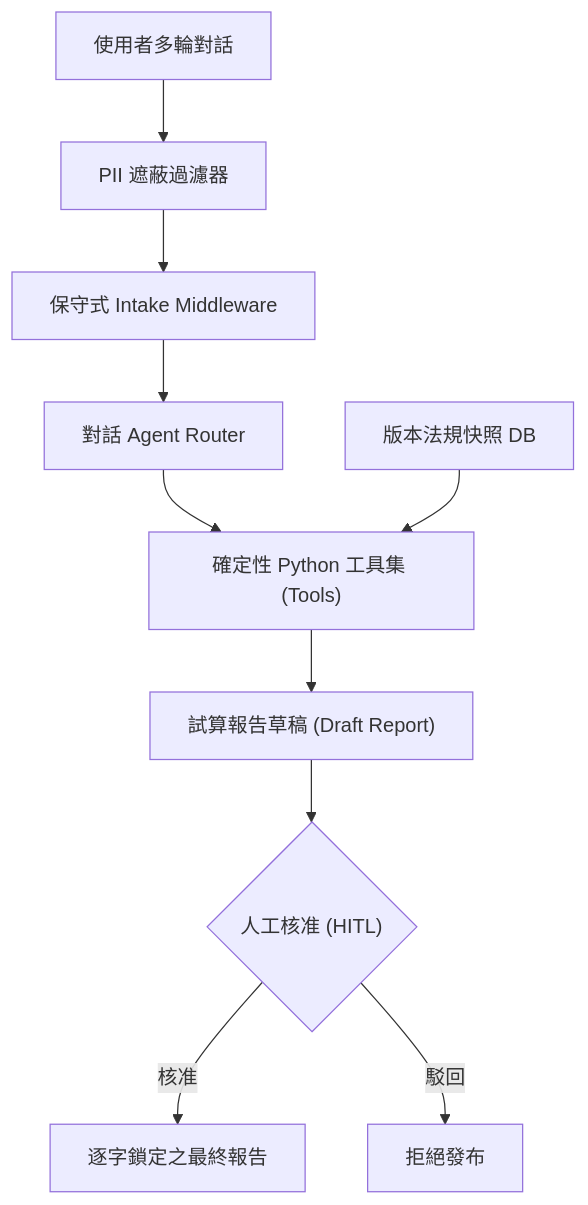
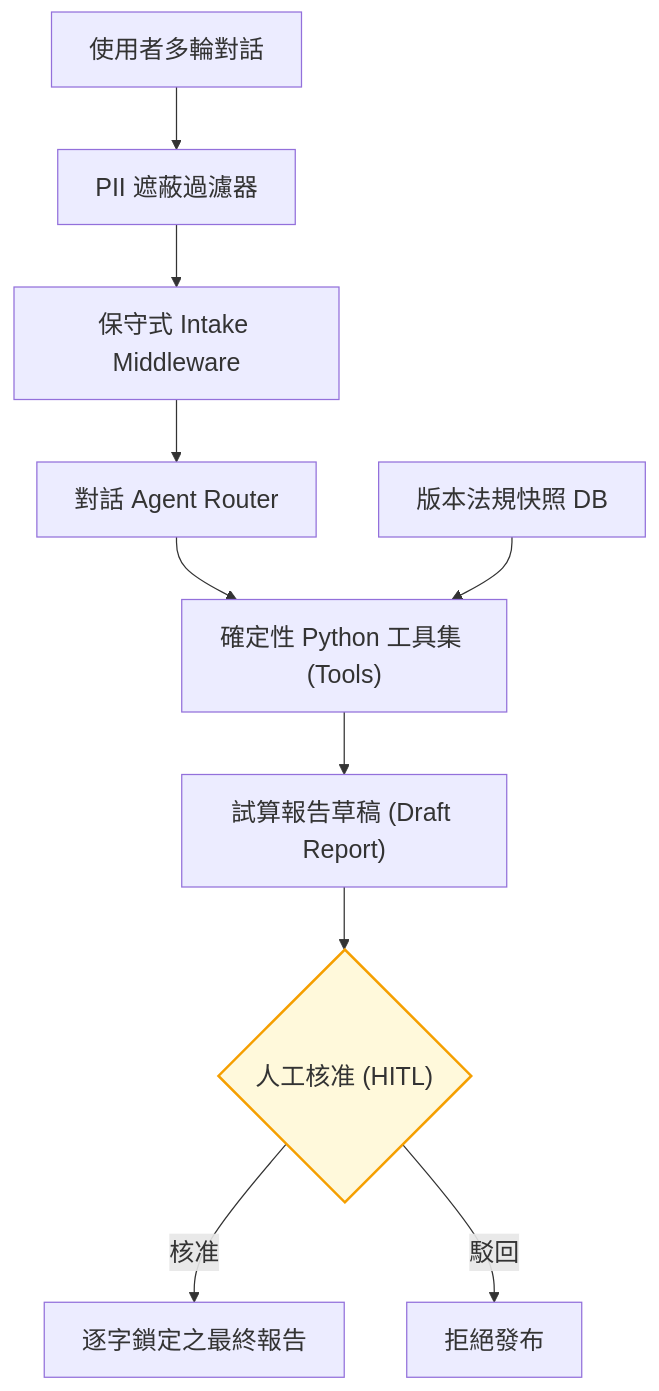
The diagram in README.md (kuotunyu/ltc-benefit-agent), drawn with Mermaid before and after one commit.

Commit message:
docs: boost flowchart font size and highlight HITL decision node

````diff
--- a/README.md
+++ b/README.md
@@ -33,12 +33,15 @@
 ```mermaid
+%%{init: {'themeVariables': {'fontSize': '20px'}}}%%
 flowchart TD
     U["使用者多輪對話"] --> P["PII 遮蔽過濾器"]
     P --> I["保守式 Intake Middleware"]
     I --> A["對話 Agent Router"]
     A --> T["確定性 Python 工具集 (Tools)"]
     T --> D["試算報告草稿 (Draft Report)"]
     D --> H{"人工核准 (HITL)"}
     H -- 核准 --> R["逐字鎖定之最終報告"]
     H -- 駁回 --> X["拒絕發布"]
     S["版本法規快照 DB"] --> T
+
+    style H fill:#fff9db,stroke:#f59f00,stroke-width:2px
 ```
````
